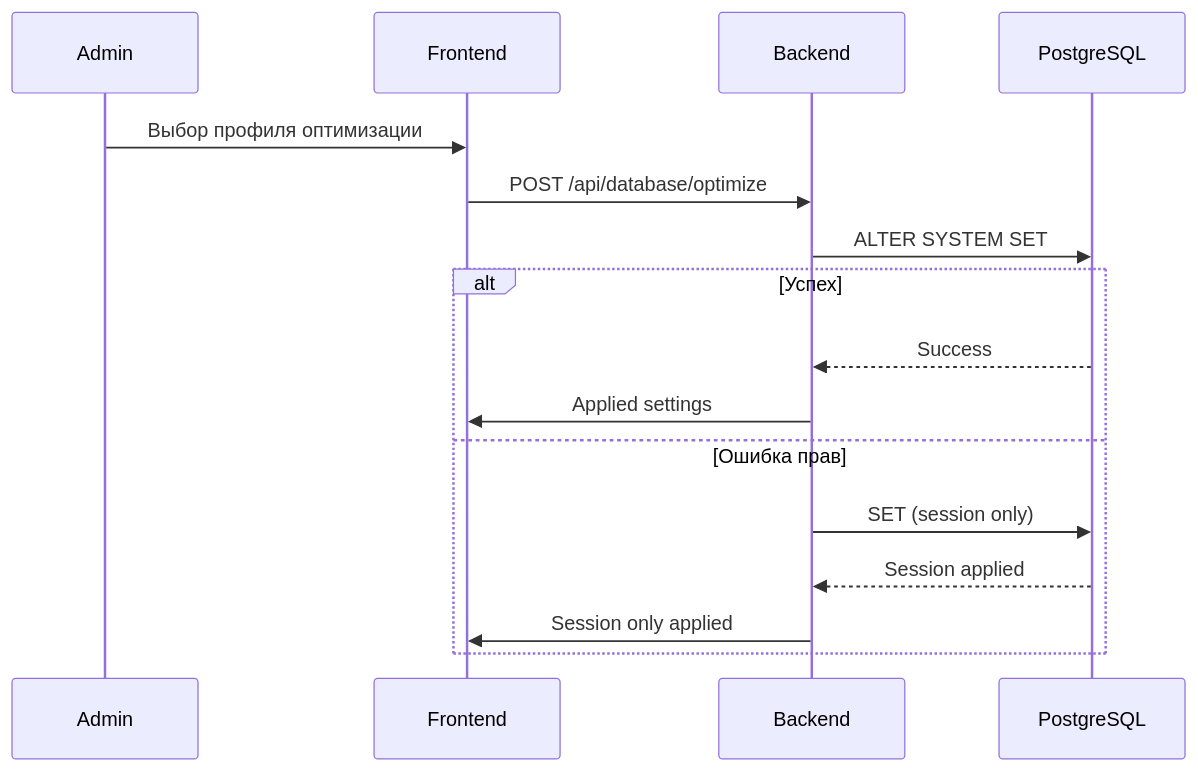
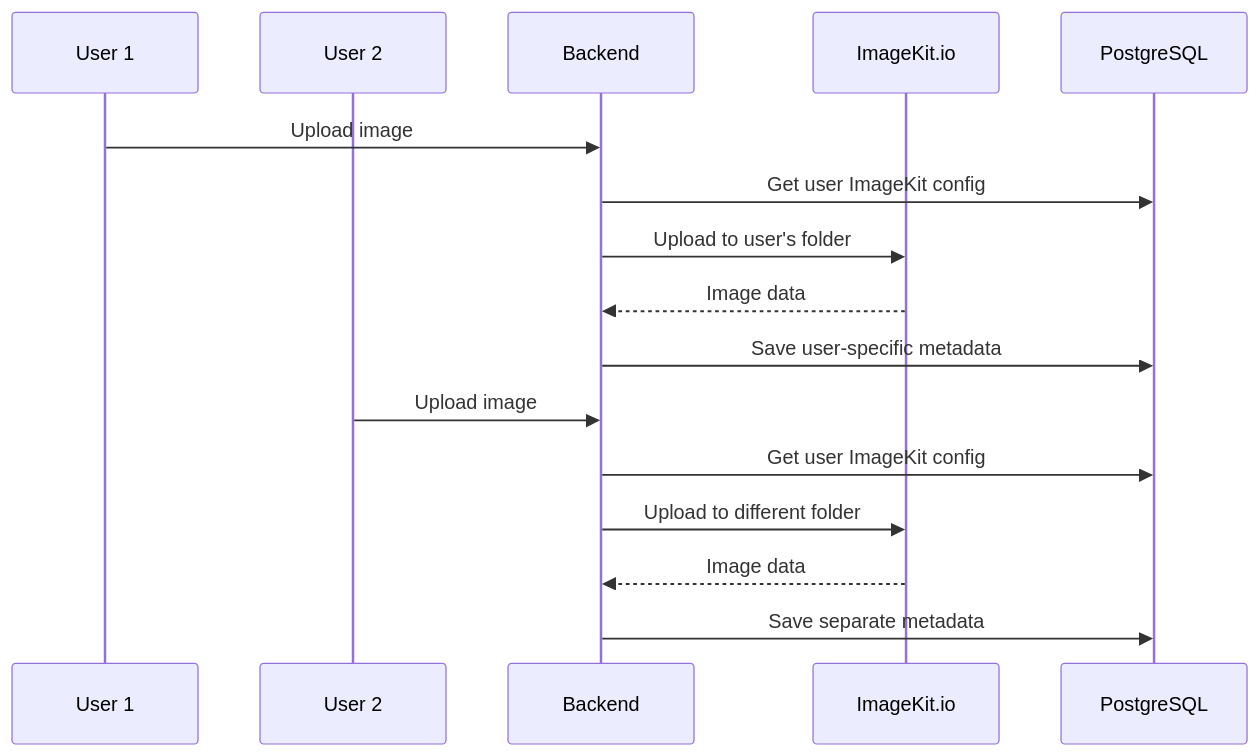
Before and after one commit to chester026/cycleprog.github.io: the fourth of 4 diagrams in ARCHITECTURE.md, drawn with Mermaid. The commit also changed other lines of this file and 39 other files, not shown here.

````diff
--- a/ARCHITECTURE.md
+++ b/ARCHITECTURE.md
@@ -165,19 +163,20 @@
 ```mermaid
 sequenceDiagram
-    participant A as Admin
-    participant F as Frontend
+    participant U1 as User 1
+    participant U2 as User 2
     participant B as Backend
+    participant I as ImageKit.io
     participant DB as PostgreSQL
 
-    A->>F: Выбор профиля оптимизации
-    F->>B: POST /api/database/optimize
-    B->>DB: ALTER SYSTEM SET
-    alt Успех
-        DB-->>B: Success
-        B->>F: Applied settings
-    else Ошибка прав
-        B->>DB: SET (session only)
-        DB-->>B: Session applied
-        B->>F: Session only applied
-    end
+    U1->>B: Upload image
+    B->>DB: Get user ImageKit config
+    B->>I: Upload to user's folder
+    I-->>B: Image data
+    B->>DB: Save user-specific metadata
+    
+    U2->>B: Upload image
+    B->>DB: Get user ImageKit config
+    B->>I: Upload to different folder
+    I-->>B: Image data
+    B->>DB: Save separate metadata
 ```
````
